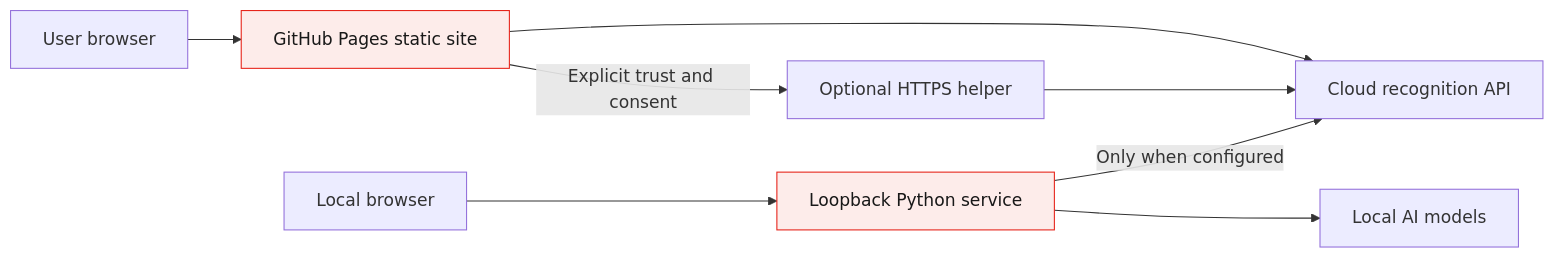
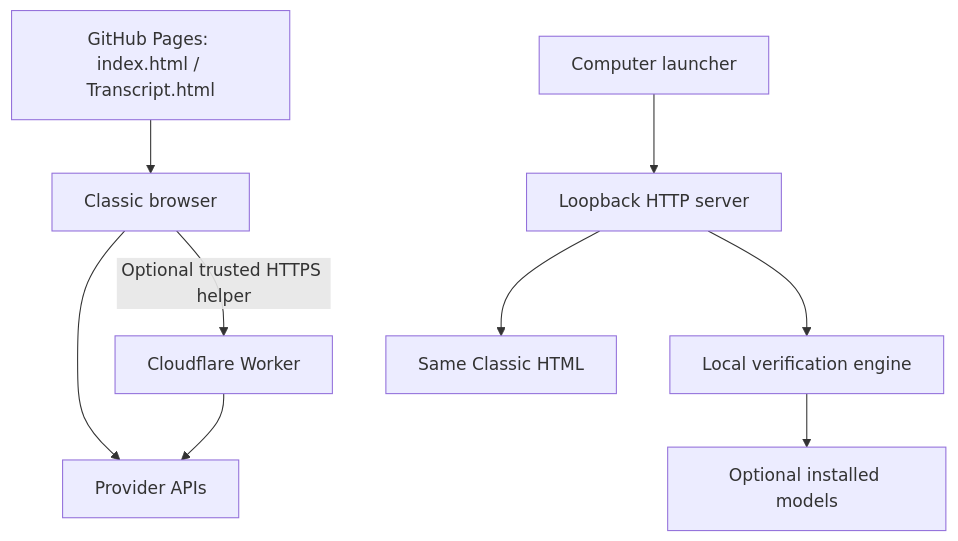
Before and after one commit to abhishek6966/Youtube-Transcribe-Downloader: the fourth of 5 diagrams in README.md, drawn with Mermaid. The commit also changed other lines of this file and 32 other files, not shown here.

````diff
--- a/README.md
+++ b/README.md
@@ -352,12 +124,11 @@
 ```mermaid
-flowchart LR
-    U[User browser] --> W[GitHub Pages static site]
-    W --> A[Cloud recognition API]
-    W -->|Explicit trust and consent| H[Optional HTTPS helper]
-    H --> A
-    L[Local browser] --> S[Loopback Python service]
-    S --> M[Local AI models]
-    S -->|Only when configured| A
-    classDef red fill:#fdecea,stroke:#e62117,color:#181818
-    class W,S red
+flowchart TD
+    A[GitHub Pages: index.html / Transcript.html] --> B[Classic browser]
+    B --> C[Provider APIs]
+    B -->|Optional trusted HTTPS helper| D[Cloudflare Worker]
+    D --> C
+    E[Computer launcher] --> F[Loopback HTTP server]
+    F --> G[Same Classic HTML]
+    F --> H[Local verification engine]
+    H --> I[Optional installed models]
 ```
````
